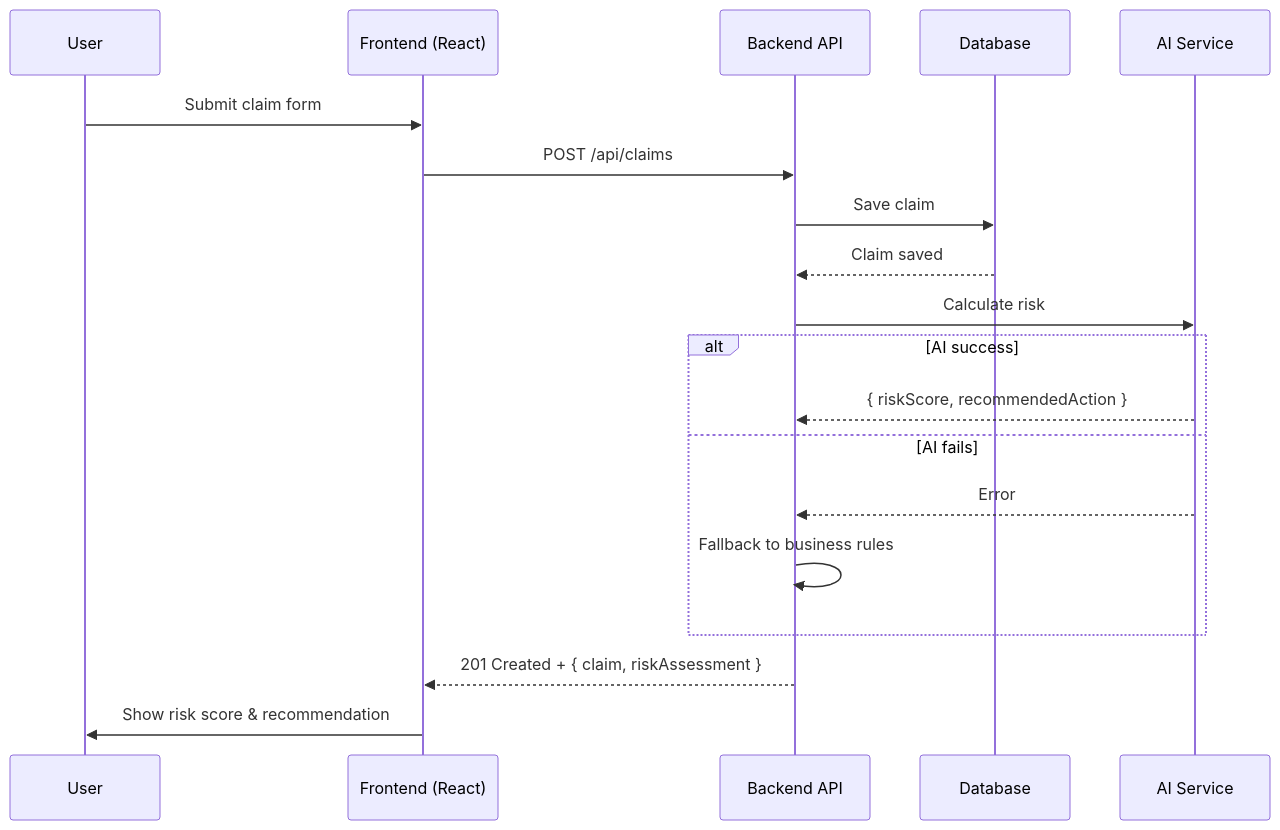
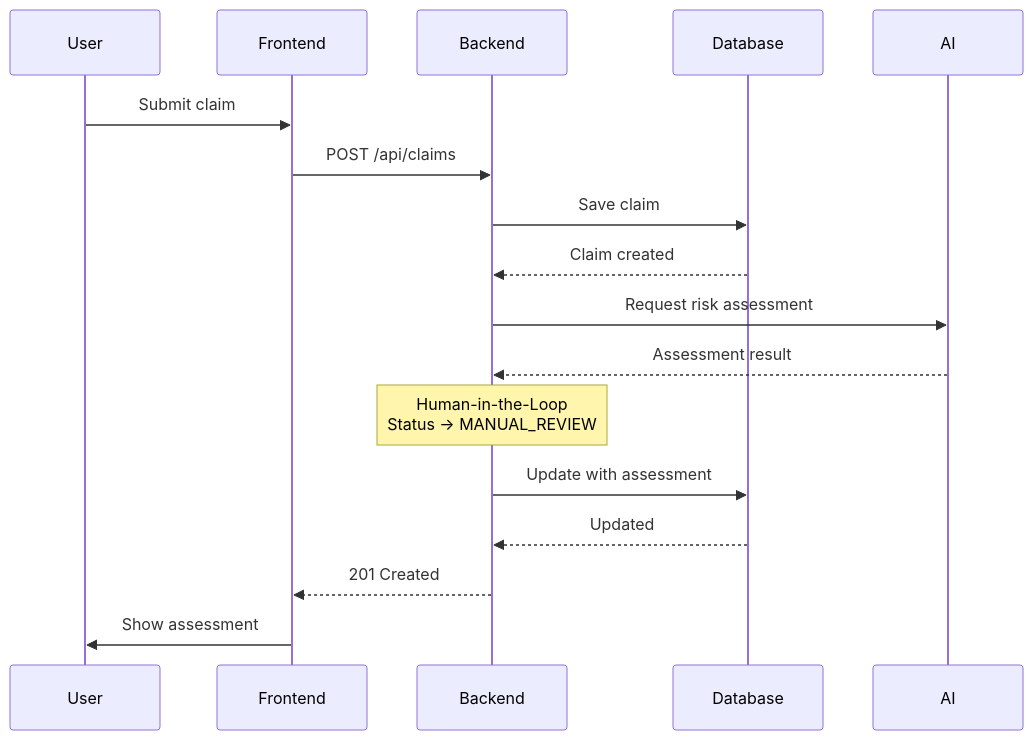
Before and after one commit to ingChristian27/claims-risk-assessor-api: the diagram in backend/docs/sequence-diagram.md, drawn with Mermaid. The commit also changed other lines of this file and 38 other files, not shown here.

First line of the commit message:
improve UX and refactor frontend architecture

````diff
--- a/backend/docs/sequence-diagram.md
+++ b/backend/docs/sequence-diagram.md
@@ -5,26 +5,25 @@
 ```mermaid
 sequenceDiagram
     participant User
-    participant Frontend as Frontend (React)
-    participant Backend as Backend API
-    participant DB as Database
-    participant AI as AI Service
+    participant Frontend
+    participant Backend
+    participant Database
+    participant AI
 
-    User->>Frontend: Submit claim form
+    User->>Frontend: Submit claim
     Frontend->>Backend: POST /api/claims
     
-    Backend->>DB: Save claim
-    DB-->>Backend: Claim saved
+    Backend->>Database: Save claim
+    Database-->>Backend: Claim created
     
-    Backend->>AI: Calculate risk
+    Backend->>AI: Request risk assessment
+    AI-->>Backend: Assessment result
     
-    alt AI success
-        AI-->>Backend: { riskScore, recommendedAction }
-    else AI fails
-        AI-->>Backend: Error
-        Backend->>Backend: Fallback to business rules
-    end
+    Note over Backend: Human-in-the-Loop<br/>Status → MANUAL_REVIEW
     
-    Backend-->>Frontend: 201 Created + { claim, riskAssessment }
-    Frontend->>User: Show risk score & recommendation
+    Backend->>Database: Update with assessment
+    Database-->>Backend: Updated
+    
+    Backend-->>Frontend: 201 Created
+    Frontend->>User: Show assessment
 ```
````
